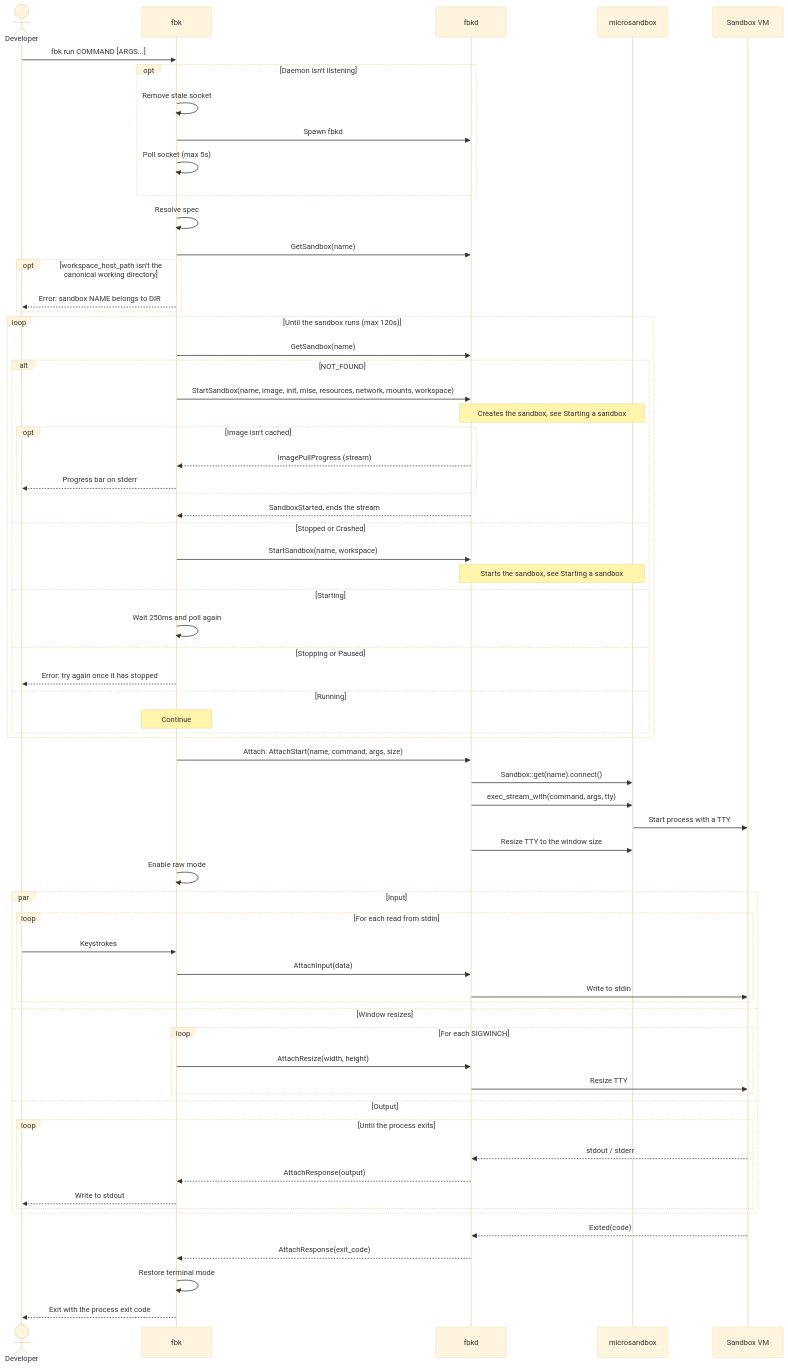
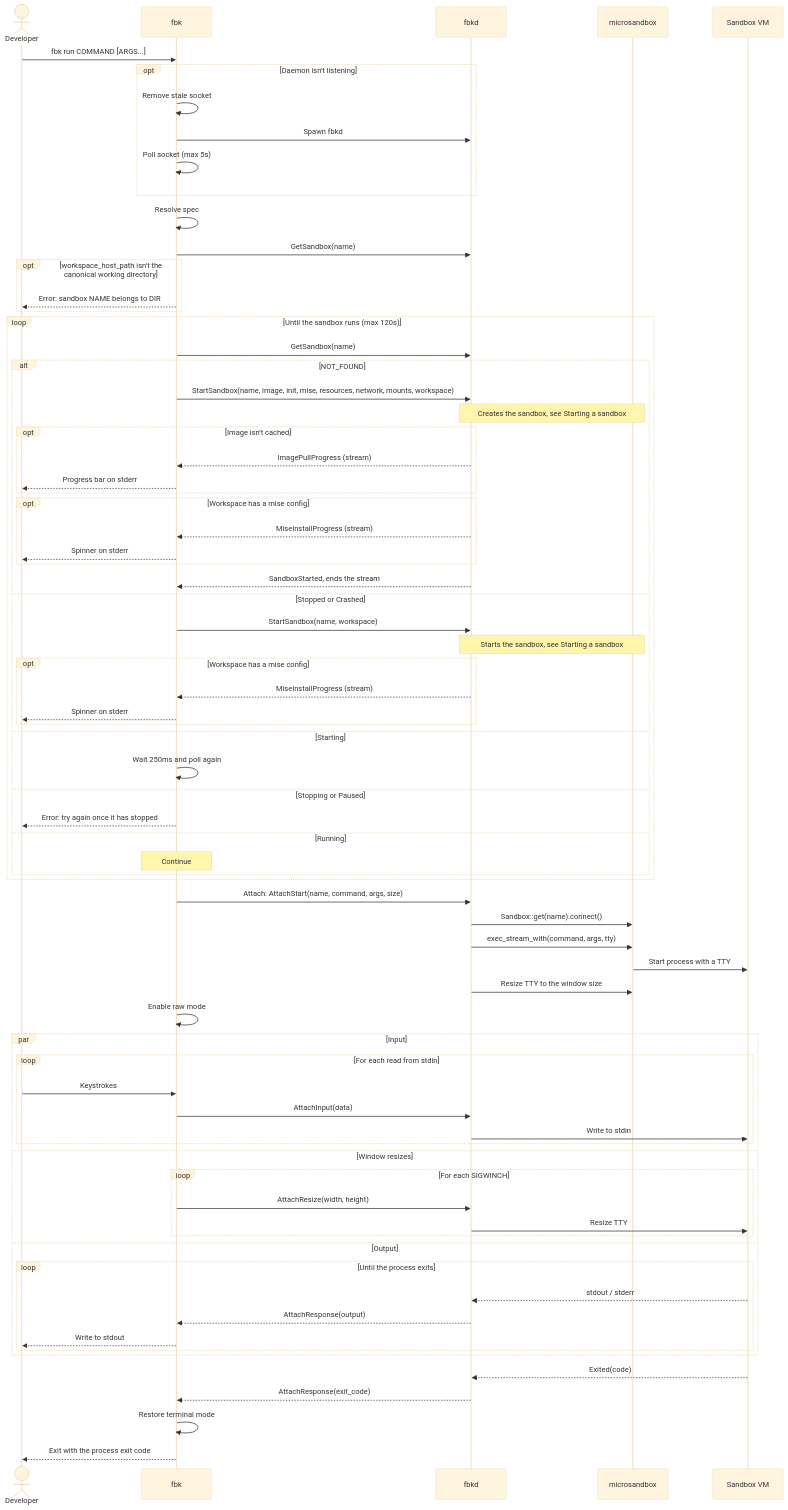
Before and after one commit to wmeints/firebrick: the first of 12 diagrams in docs/architecture/06-runtime-view.md, drawn with Mermaid (base theme). The commit also changed other lines of this file and 8 other files, not shown here.

First line of the commit message:
feat(cli): show mise install progress when fbk starts a sandbox

````diff
--- a/docs/architecture/06-runtime-view.md
+++ b/docs/architecture/06-runtime-view.md
@@ -59,73 +59,81 @@
 ```mermaid
 sequenceDiagram
     actor Dev as Developer
     participant CLI as fbk
     participant D as fbkd
     participant MS as microsandbox
     participant VM as Sandbox VM
 
     Dev->>CLI: fbk run COMMAND [ARGS...]
     opt Daemon isn't listening
         CLI->>CLI: Remove stale socket
         CLI->>D: Spawn fbkd
         CLI->>CLI: Poll socket (max 5s)
     end
     CLI->>CLI: Resolve spec
     CLI->>D: GetSandbox(name)
     opt workspace_host_path isn't the canonical working directory
         CLI-->>Dev: Error: sandbox NAME belongs to DIR
     end
 
     loop Until the sandbox runs (max 120s)
         CLI->>D: GetSandbox(name)
         alt NOT_FOUND
             CLI->>D: StartSandbox(name, image, init, mise, resources, network, mounts, workspace)
             Note over D,MS: Creates the sandbox, see Starting a sandbox
             opt Image isn't cached
                 D-->>CLI: ImagePullProgress (stream)
                 CLI-->>Dev: Progress bar on stderr
             end
+            opt Workspace has a mise config
+                D-->>CLI: MiseInstallProgress (stream)
+                CLI-->>Dev: Spinner on stderr
+            end
             D-->>CLI: SandboxStarted, ends the stream
         else Stopped or Crashed
             CLI->>D: StartSandbox(name, workspace)
             Note over D,MS: Starts the sandbox, see Starting a sandbox
+            opt Workspace has a mise config
+                D-->>CLI: MiseInstallProgress (stream)
+                CLI-->>Dev: Spinner on stderr
+            end
         else Starting
             CLI->>CLI: Wait 250ms and poll again
         else Stopping or Paused
             CLI-->>Dev: Error: try again once it has stopped
         else Running
             Note over CLI: Continue
         end
     end
 
     CLI->>D: Attach: AttachStart(name, command, args, size)
     D->>MS: Sandbox::get(name).connect()
     D->>MS: exec_stream_with(command, args, tty)
     MS->>VM: Start process with a TTY
     D->>MS: Resize TTY to the window size
     CLI->>CLI: Enable raw mode
 
     par Input
         loop For each read from stdin
             Dev->>CLI: Keystrokes
             CLI->>D: AttachInput(data)
             D->>VM: Write to stdin
         end
     and Window resizes
         loop For each SIGWINCH
             CLI->>D: AttachResize(width, height)
             D->>VM: Resize TTY
         end
     and Output
         loop Until the process exits
             VM-->>D: stdout / stderr
             D-->>CLI: AttachResponse(output)
             CLI-->>Dev: Write to stdout
         end
     end
 
     VM-->>D: Exited(code)
     D-->>CLI: AttachResponse(exit_code)
     CLI->>CLI: Restore terminal mode
     CLI-->>Dev: Exit with the process exit code
 ```
````
